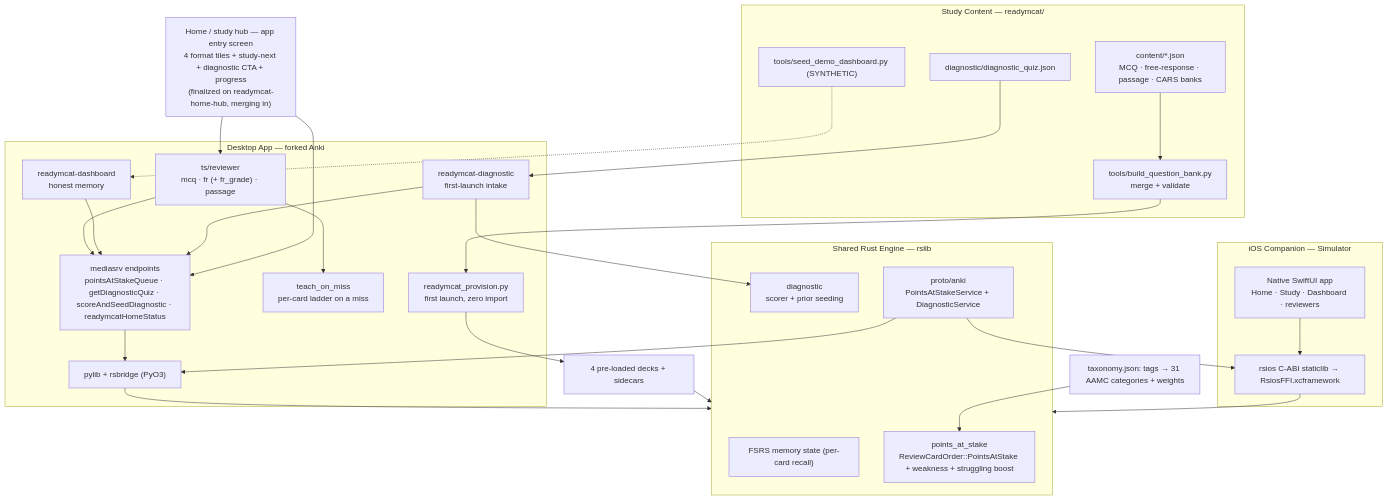
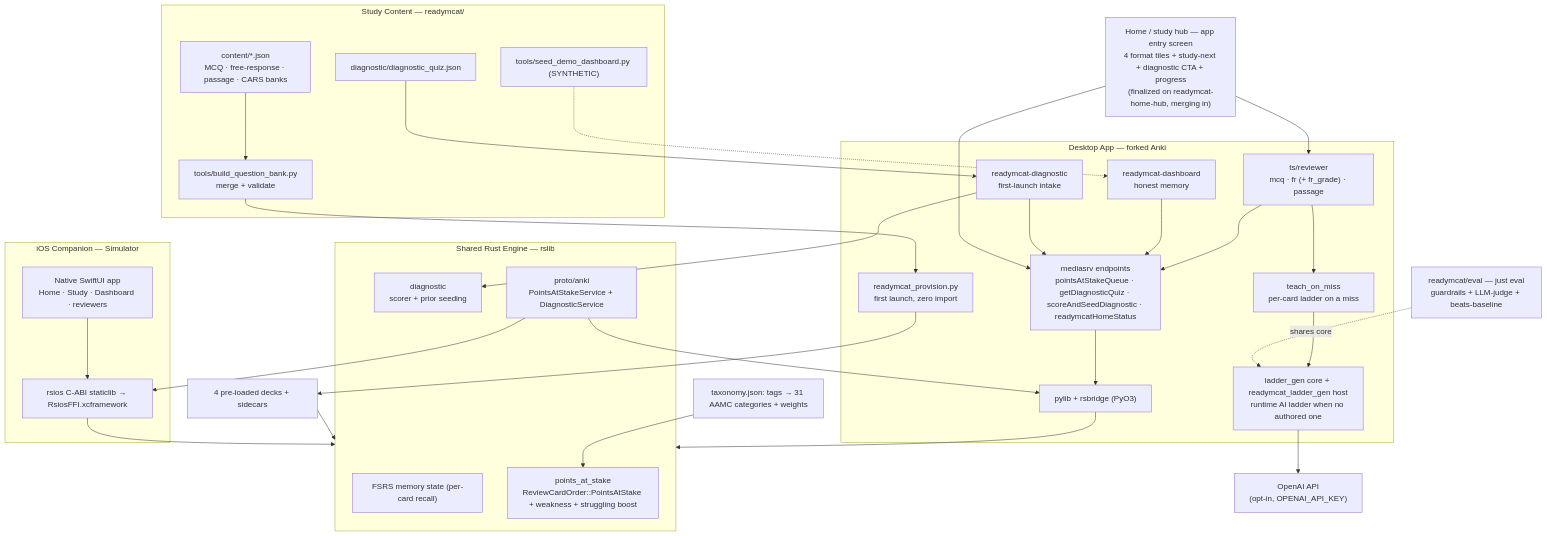
The fourth of 4 diagrams in docs/ReadyMCAT-PRD.md (notAidven/Anki-MCAT), drawn with Mermaid before and after one commit. The commit also changed other lines of this file and 13 other files, not shown here.

````diff
--- a/docs/ReadyMCAT-PRD.md
+++ b/docs/ReadyMCAT-PRD.md
@@ -166,47 +191,53 @@
 ```mermaid
 flowchart TD
     subgraph content [Study Content — readymcat/]
         Banks["content/*.json<br/>MCQ · free-response · passage · CARS banks"]
         Build["tools/build_question_bank.py<br/>merge + validate"]
         DiagJSON["diagnostic/diagnostic_quiz.json"]
         Seed["tools/seed_demo_dashboard.py (SYNTHETIC)"]
     end
     subgraph engine [Shared Rust Engine — rslib]
         FSRS["FSRS memory state (per-card recall)"]
         PAS["points_at_stake<br/>ReviewCardOrder::PointsAtStake + weakness + struggling boost"]
         DiagRs["diagnostic<br/>scorer + prior seeding"]
         Proto["proto/anki<br/>PointsAtStakeService + DiagnosticService"]
     end
     subgraph desktop [Desktop App — forked Anki]
         Prov["readymcat_provision.py<br/>first launch, zero import"]
         Reviewers["ts/reviewer<br/>mcq · fr (+ fr_grade) · passage"]
         TOM["teach_on_miss<br/>per-card ladder on a miss"]
+        Gen["ladder_gen core + readymcat_ladder_gen host<br/>runtime AI ladder when no authored one"]
         Dash["readymcat-dashboard<br/>honest memory"]
         DiagUI["readymcat-diagnostic<br/>first-launch intake"]
         Media["mediasrv endpoints<br/>pointsAtStakeQueue · getDiagnosticQuiz · scoreAndSeedDiagnostic · readymcatHomeStatus"]
         Bridge["pylib + rsbridge (PyO3)"]
     end
     subgraph ios [iOS Companion — Simulator]
         Swift["Native SwiftUI app<br/>Home · Study · Dashboard · reviewers"]
         FFI["rsios C-ABI staticlib → RsiosFFI.xcframework"]
     end
+    OpenAI["OpenAI API<br/>(opt-in, OPENAI_API_KEY)"]
+    Eval["readymcat/eval — just eval<br/>guardrails + LLM-judge + beats-baseline"]
     Taxonomy["taxonomy.json: tags → 31 AAMC categories + weights"]
     Decks["4 pre-loaded decks + sidecars"]
     Hub["Home / study hub — app entry screen<br/>4 format tiles + study-next + diagnostic CTA + progress<br/>(finalized on readymcat-home-hub, merging in)"]
 
     Banks --> Build --> Prov --> Decks --> engine
     DiagJSON --> DiagUI
     Seed -.-> Dash
     Taxonomy --> PAS
     Reviewers --> TOM
+    TOM --> Gen
+    Gen --> OpenAI
+    Eval -.->|"shares core"| Gen
     Reviewers --> Media
     Dash --> Media
     DiagUI --> Media
     DiagUI --> DiagRs
     Media --> Bridge --> engine
     Swift --> FFI --> engine
     Proto --> Bridge
     Proto --> FFI
     Hub --> Media
     Hub --> Reviewers
 ```
````
